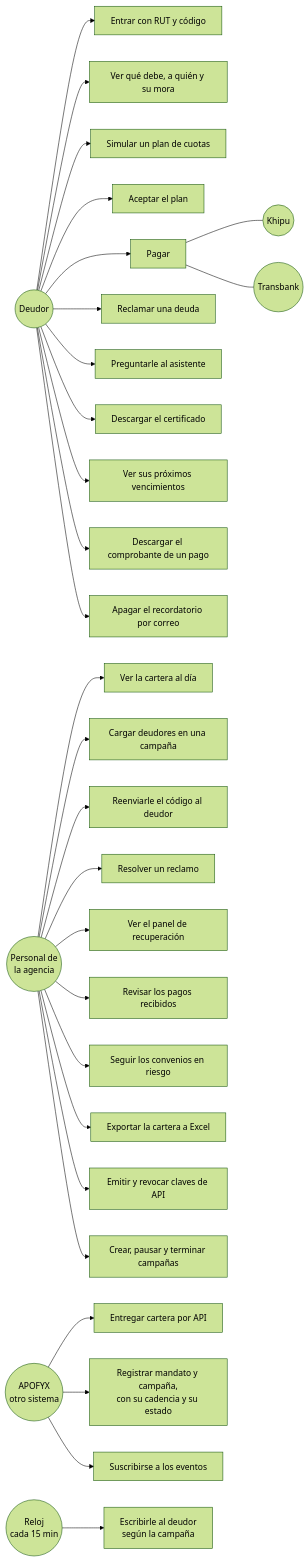
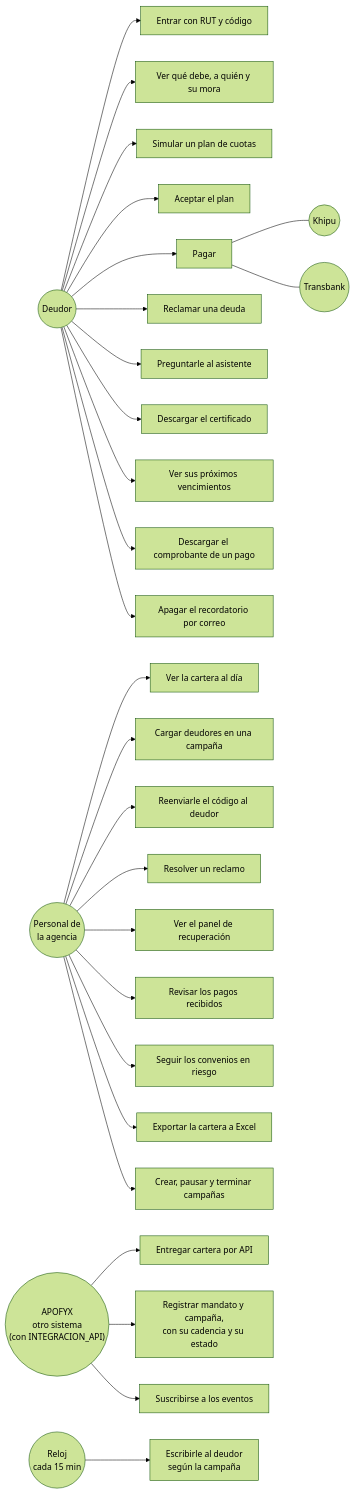
The fifth of 15 diagrams in README.md (TechnicalBridge/DataBridge), drawn with Mermaid (forest theme) before and after one commit. The commit also changed other lines of this file and 25 other files, not shown here.

First line of the commit message:
feat(portal, ms-debt): Sin claves de API: los deudores entran solo por campaña

````diff
--- a/README.md
+++ b/README.md
@@ -1068,40 +1077,39 @@
 ```mermaid
 flowchart LR
     DEU(("Deudor"))
     EMP(("Personal de<br/>la agencia"))
-    SIS(("APOFYX<br/>otro sistema"))
+    SIS(("APOFYX<br/>otro sistema<br/>(con INTEGRACION_API)"))
     KHP(("Khipu"))
     TBK(("Transbank"))
     REL(("Reloj<br/>cada 15 min"))
 
     DEU --> U1["Entrar con RUT y código"]
     DEU --> U2["Ver qué debe, a quién y su mora"]
     DEU --> U3["Simular un plan de cuotas"]
     DEU --> U4["Aceptar el plan"]
     DEU --> U5["Pagar"]
     DEU --> U22["Reclamar una deuda"]
     DEU --> U6["Preguntarle al asistente"]
     DEU --> U7["Descargar el certificado"]
     DEU --> U15["Ver sus próximos vencimientos"]
     DEU --> U16["Descargar el comprobante de un pago"]
     DEU --> U17["Apagar el recordatorio por correo"]
     U5 --- KHP
     U5 --- TBK
 
     EMP --> U8["Ver la cartera al día"]
     EMP --> U9["Cargar deudores en una campaña"]
     EMP --> U10["Reenviarle el código al deudor"]
     EMP --> U23["Resolver un reclamo"]
     EMP --> U11["Ver el panel de recuperación"]
     EMP --> U18["Revisar los pagos recibidos"]
     EMP --> U19["Seguir los convenios en riesgo"]
     EMP --> U20["Exportar la cartera a Excel"]
-    EMP --> U21["Emitir y revocar claves de API"]
     EMP --> U25["Crear, pausar y terminar campañas"]
 
     SIS --> U12["Entregar cartera por API"]
     SIS --> U13["Registrar mandato y campaña,<br/>con su cadencia y su estado"]
     SIS --> U14["Suscribirse a los eventos"]
 
     REL --> U24["Escribirle al deudor<br/>según la campaña"]
 ```
````
